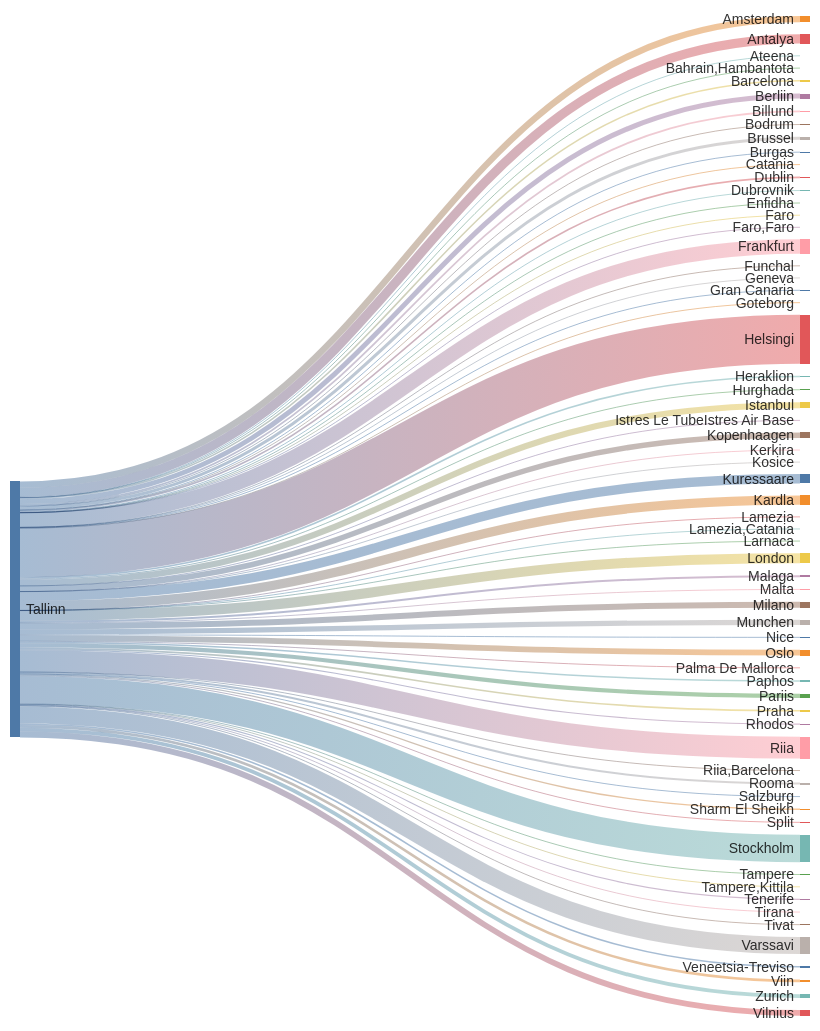
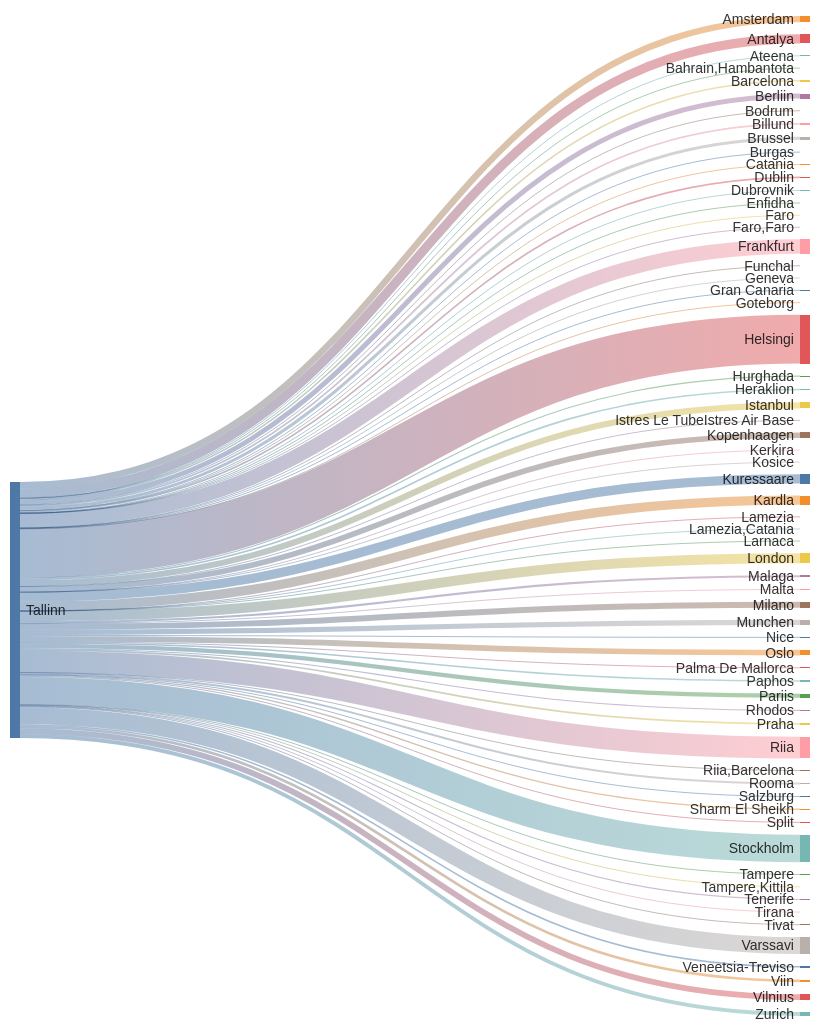
Before and after one commit to rainermesi/tll-airport-departures: the second of 2 diagrams in README.md, drawn with Mermaid. The commit also changed other lines of this file, not shown here.

````diff
--- a/README.md
+++ b/README.md
@@ -34,76 +34,76 @@
 ```mermaid
 ---
 config:
   sankey:
     showValues: false
     width: 800
     height: 1000
 ---
 sankey-beta
 %% source,target,value
-Tallinn,Amsterdam,183
-Tallinn,Antalya,262
+Tallinn,Amsterdam,184
+Tallinn,Antalya,263
 Tallinn,Ateena,16
 Tallinn,"Bahrain,Hambantota",1
 Tallinn,Barcelona,43
-Tallinn,Berliin,142
+Tallinn,Berliin,143
 Tallinn,Billund,49
 Tallinn,Bodrum,11
 Tallinn,Brussel,88
 Tallinn,Burgas,21
 Tallinn,Catania,2
-Tallinn,Dublin,44
+Tallinn,Dublin,45
 Tallinn,Dubrovnik,21
 Tallinn,Enfidha,7
 Tallinn,Faro,4
 Tallinn,"Faro,Faro",1
-Tallinn,Frankfurt,411
+Tallinn,Frankfurt,413
 Tallinn,Funchal,5
-Tallinn,Geneva,1
+Tallinn,Geneva,2
 Tallinn,Gran Canaria,20
 Tallinn,Goteborg,1
-Tallinn,Helsingi,1395
+Tallinn,Helsingi,1401
 Tallinn,Heraklion,46
-Tallinn,Hurghada,27
-Tallinn,Istanbul,175
+Tallinn,Hurghada,29
+Tallinn,Istanbul,176
 Tallinn,Istres Le TubeIstres Air Base,2
 Tallinn,Kerkira,4
-Tallinn,Kopenhaagen,157
+Tallinn,Kopenhaagen,158
 Tallinn,Kosice,1
-Tallinn,Kuressaare,267
-Tallinn,Kardla,267
+Tallinn,Kuressaare,268
+Tallinn,Kardla,268
 Tallinn,Lamezia,1
 Tallinn,"Lamezia,Catania",3
 Tallinn,Larnaca,4
-Tallinn,London,285
+Tallinn,London,287
 Tallinn,Malaga,58
 Tallinn,Malta,15
-Tallinn,Milano,170
-Tallinn,Munchen,149
+Tallinn,Milano,171
+Tallinn,Munchen,150
 Tallinn,Nice,25
 Tallinn,Oslo,163
 Tallinn,Palma De Mallorca,19
 Tallinn,Paphos,44
 Tallinn,Pariis,119
 Tallinn,Praha,49
 Tallinn,Rhodos,32
-Tallinn,Riia,620
+Tallinn,Riia,624
 Tallinn,"Riia,Barcelona",1
 Tallinn,Rooma,57
-Tallinn,Salzburg,2
-Tallinn,Sharm El Sheikh,37
+Tallinn,Salzburg,3
+Tallinn,Sharm El Sheikh,38
 Tallinn,Split,25
-Tallinn,Stockholm,781
+Tallinn,Stockholm,784
 Tallinn,Tampere,17
-Tallinn,"Tampere,Kittila",2
+Tallinn,"Tampere,Kittila",3
 Tallinn,Tenerife,30
 Tallinn,Tirana,8
 Tallinn,Tivat,26
-Tallinn,Varssavi,481
+Tallinn,Varssavi,484
 Tallinn,Veneetsia-Treviso,45
-Tallinn,Viin,74
+Tallinn,Viin,75
 Tallinn,Vilnius,166
-Tallinn,Zurich,110
+Tallinn,Zurich,111
 
 
 ```
````
